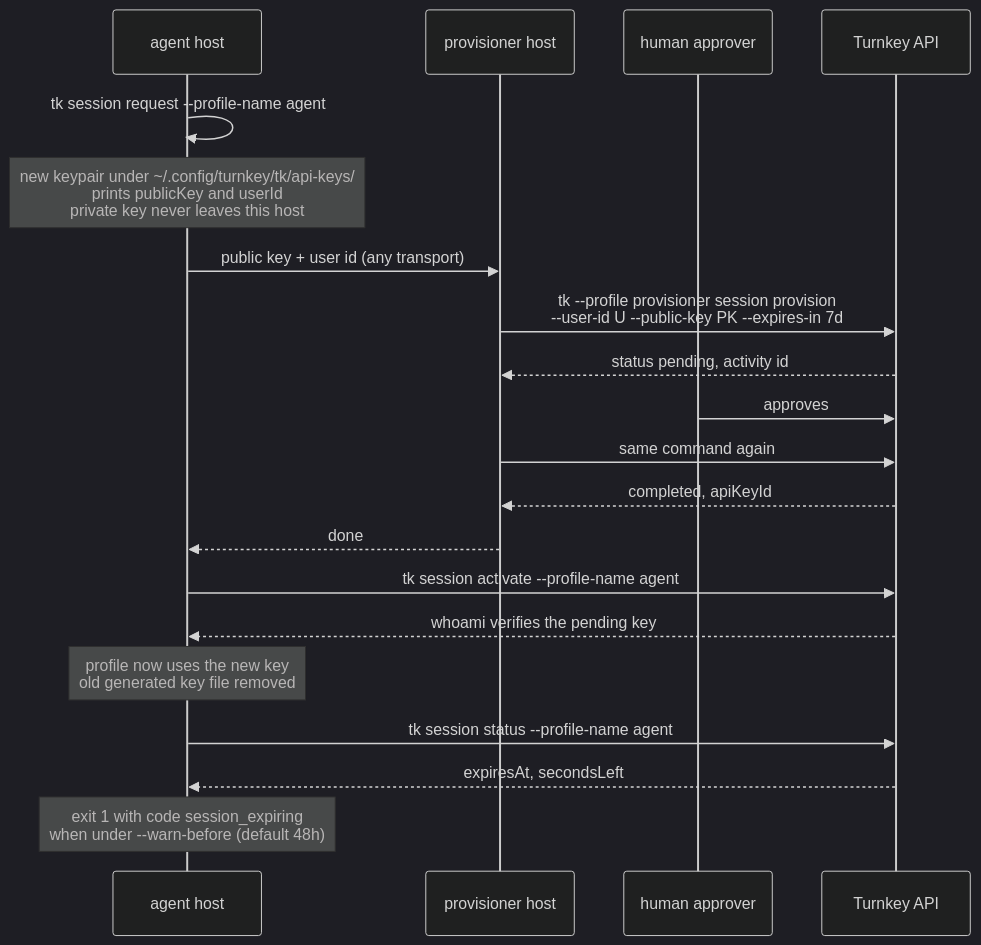
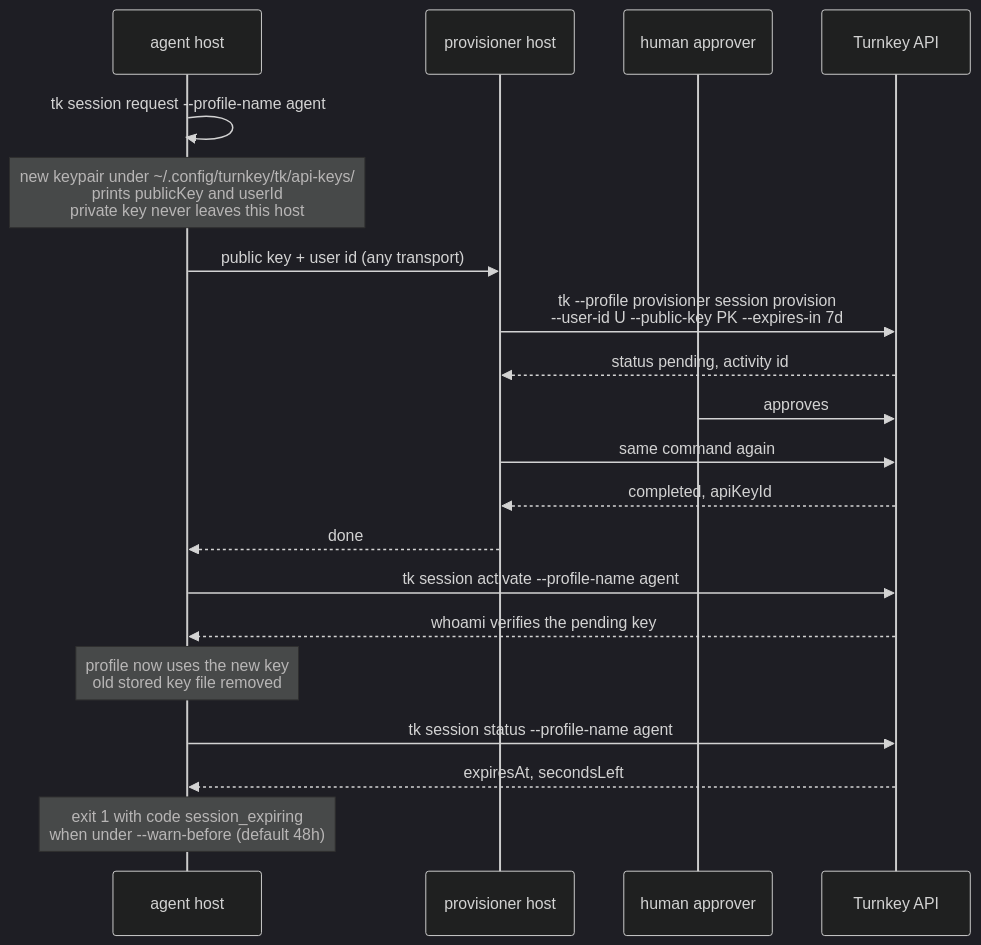
One commit to tkhq/tk changed the diagram in docs/sessions.md. Above: the diagram before and after it, drawn with Mermaid (dark theme). The commit also changed other lines of this file and 23 other files, not shown here.

Commit message:
Upgrade unmodified skills installs in place, copy imported credentials under api-keys, give profile commands human output, and document the agent committer identity and GitHub registration steps.

````diff
--- a/docs/sessions.md
+++ b/docs/sessions.md
@@ -9,23 +9,23 @@
 ```mermaid
 sequenceDiagram
     participant Agent as agent host
     participant Provisioner as provisioner host
     participant Human as human approver
     participant Turnkey as Turnkey API
 
     Agent->>Agent: tk session request --profile-name agent
     Note over Agent: new keypair under ~/.config/turnkey/tk/api-keys/<br/>prints publicKey and userId<br/>private key never leaves this host
     Agent->>Provisioner: public key + user id (any transport)
     Provisioner->>Turnkey: tk --profile provisioner session provision<br/>--user-id U --public-key PK --expires-in 7d
     Turnkey-->>Provisioner: status pending, activity id
     Human->>Turnkey: approves
     Provisioner->>Turnkey: same command again
     Turnkey-->>Provisioner: completed, apiKeyId
     Provisioner-->>Agent: done
     Agent->>Turnkey: tk session activate --profile-name agent
     Turnkey-->>Agent: whoami verifies the pending key
-    Note over Agent: profile now uses the new key<br/>old generated key file removed
+    Note over Agent: profile now uses the new key<br/>old stored key file removed
     Agent->>Turnkey: tk session status --profile-name agent
     Turnkey-->>Agent: expiresAt, secondsLeft
     Note over Agent: exit 1 with code session_expiring<br/>when under --warn-before (default 48h)
 ```
````
